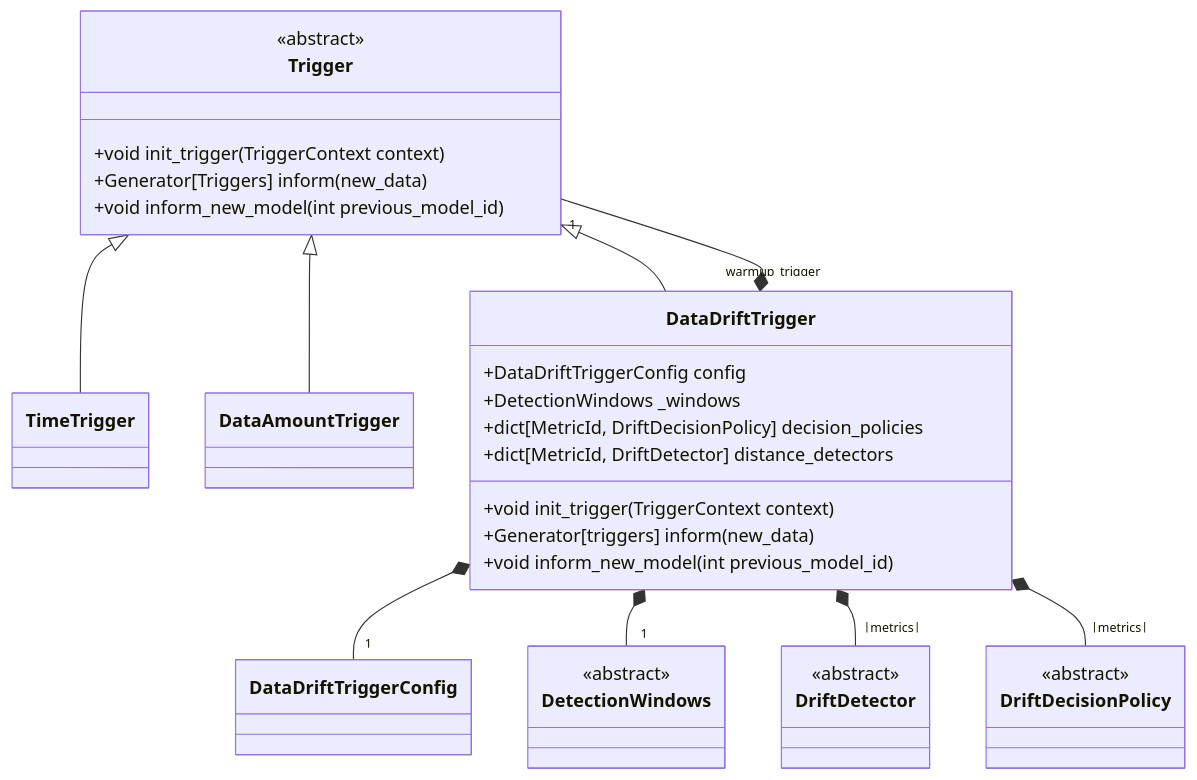
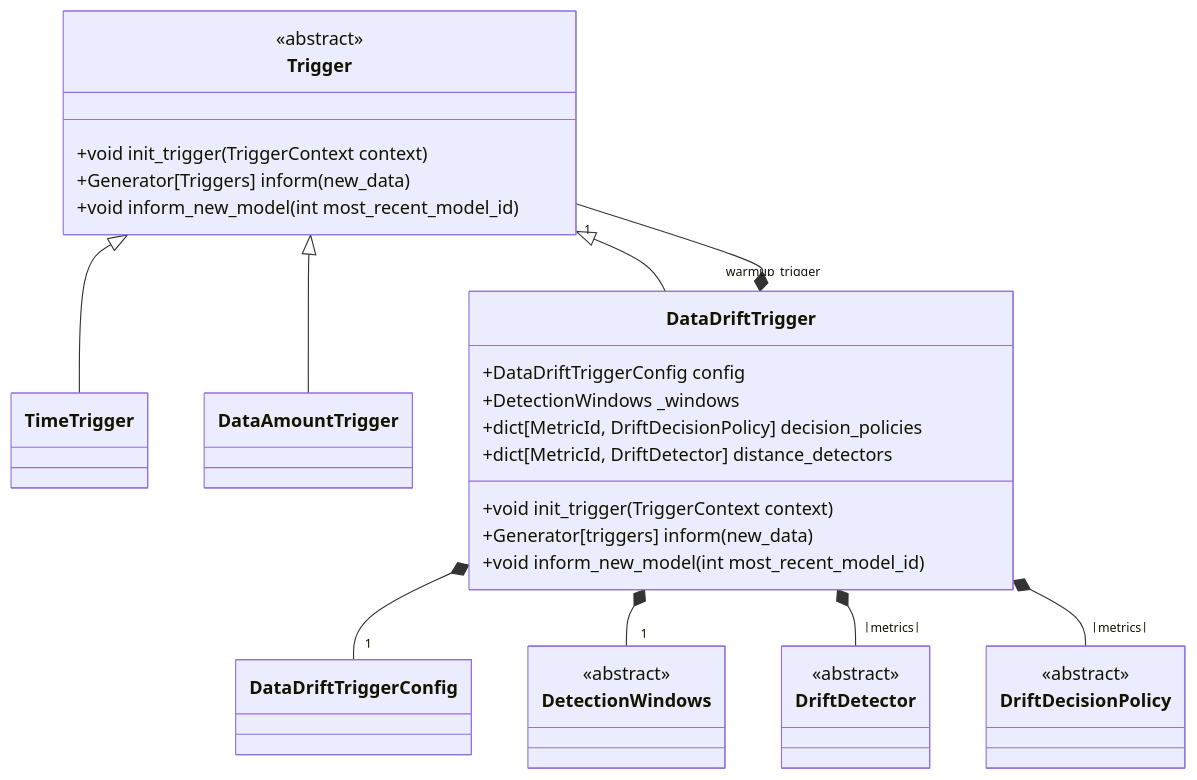
One commit to eth-easl/modyn changed the first of 5 diagrams in docs/pipeline/triggering/DRIFT_TRIGGERS.md. Above: the diagram before and after it, drawn with Mermaid. The commit also changed other lines of this file and 9 other files, not shown here.

````diff
--- a/docs/pipeline/triggering/DRIFT_TRIGGERS.md
+++ b/docs/pipeline/triggering/DRIFT_TRIGGERS.md
@@ -11,50 +11,50 @@
 ```mermaid
 classDiagram
     class DetectionWindows {
         <<abstract>>
     }
 
     class DriftDetector
 
     class Trigger {
         <<abstract>>
         +void init_trigger(TriggerContext context)
         +Generator[Triggers] inform(new_data)
-        +void inform_new_model(int previous_model_id)
+        +void inform_new_model(int most_recent_model_id)
     }
 
     class TimeTrigger {
     }
 
     class DataAmountTrigger {
     }
 
     class DriftDetector {
         <<abstract>>
     }
 
     class DataDriftTrigger {
         +DataDriftTriggerConfig config
         +DetectionWindows _windows
         +dict[MetricId, DriftDecisionPolicy] decision_policies
         +dict[MetricId, DriftDetector] distance_detectors
 
         +void init_trigger(TriggerContext context)
         +Generator[triggers] inform(new_data)
-        +void inform_new_model(int previous_model_id)
+        +void inform_new_model(int most_recent_model_id)
     }
 
     class DriftDecisionPolicy {
         <<abstract>>
     }
 
     DataDriftTrigger "warmup_trigger" *-- "1" Trigger
     DataDriftTrigger *-- "1" DataDriftTriggerConfig
     DataDriftTrigger *-- "1" DetectionWindows
     DataDriftTrigger *-- "|metrics|" DriftDetector
     DataDriftTrigger *-- "|metrics|" DriftDecisionPolicy
 
     Trigger <|-- DataDriftTrigger
     Trigger <|-- TimeTrigger
     Trigger <|-- DataAmountTrigger
 ```
````
